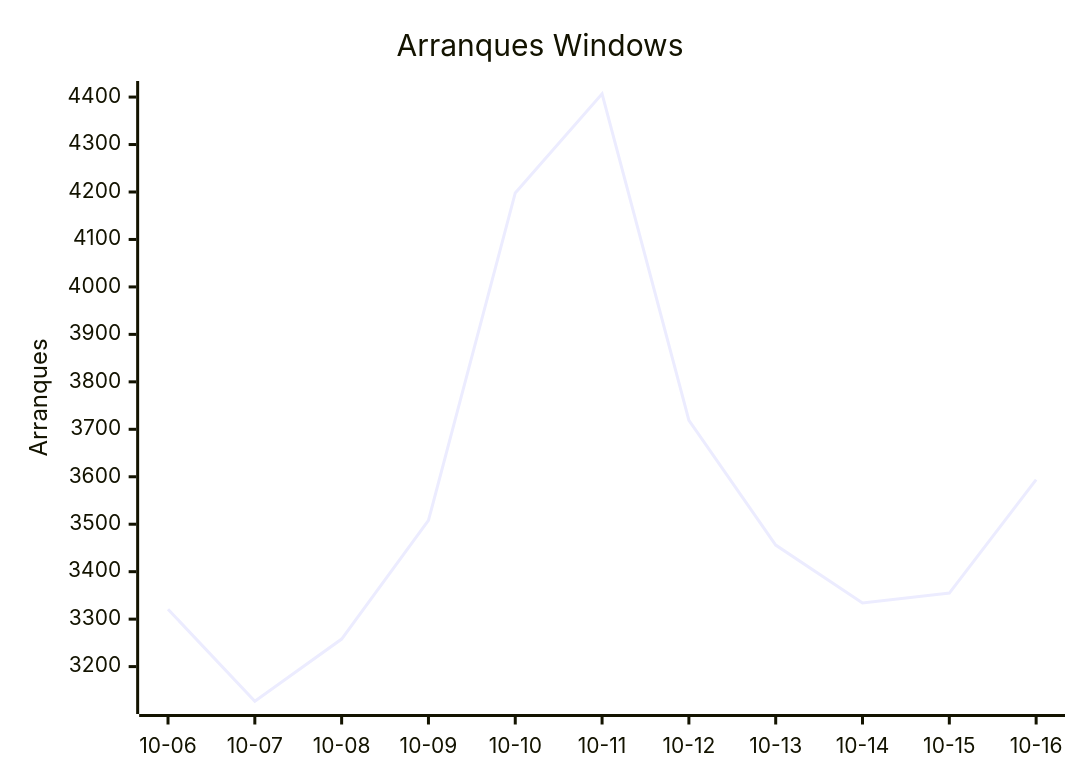
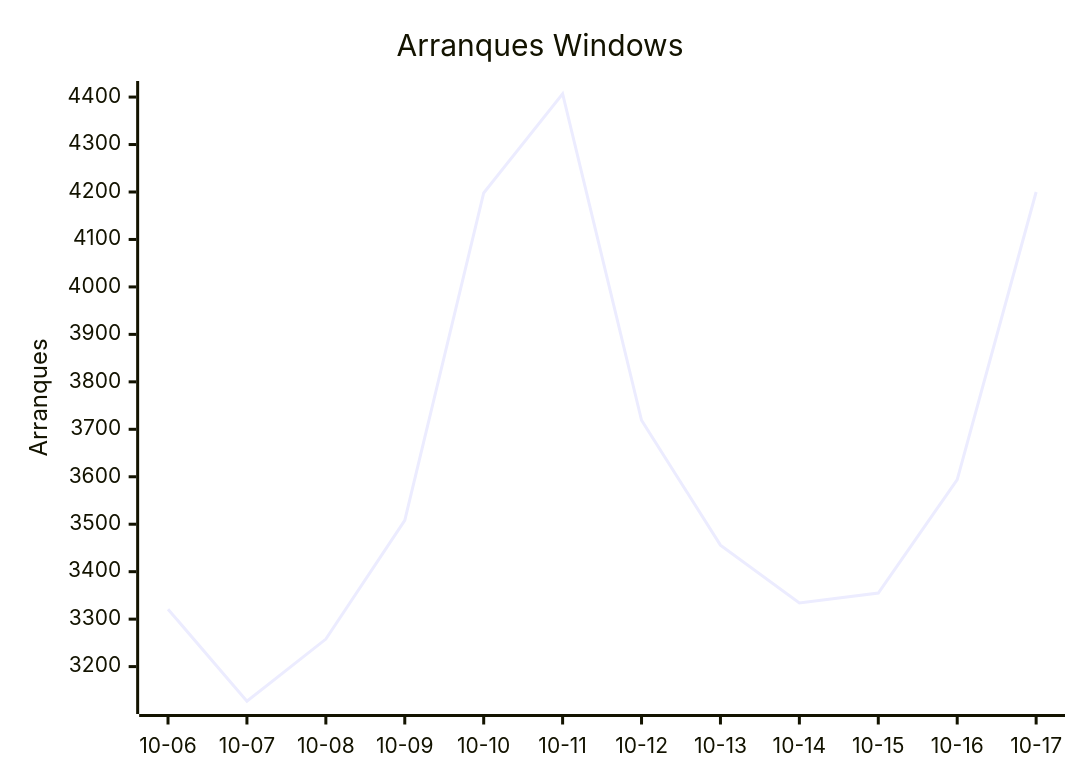
The third of 8 diagrams in README.md (EmuDeck/stats), drawn with Mermaid before and after one commit. The commit also changed other lines of this file and 2 other files, not shown here.

````diff
--- a/README.md
+++ b/README.md
@@ -34,7 +34,7 @@
 ```mermaid
 xychart-beta
     title "Arranques Windows"
-    x-axis ["10-06", "10-07", "10-08", "10-09", "10-10", "10-11", "10-12", "10-13", "10-14", "10-15", "10-16"]
+    x-axis ["10-06", "10-07", "10-08", "10-09", "10-10", "10-11", "10-12", "10-13", "10-14", "10-15", "10-16", "10-17"]
     y-axis "Arranques"
-    line [3321, 3127, 3258, 3508, 4198, 4407, 3719, 3456, 3334, 3355, 3594]
+    line [3321, 3127, 3258, 3508, 4198, 4407, 3719, 3456, 3334, 3355, 3594, 4200]
 ```
````
